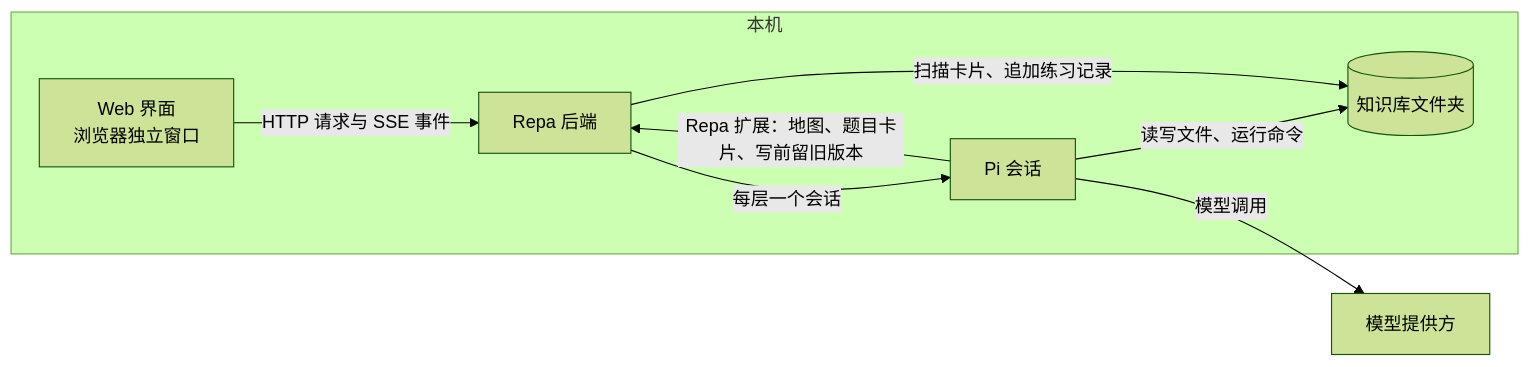
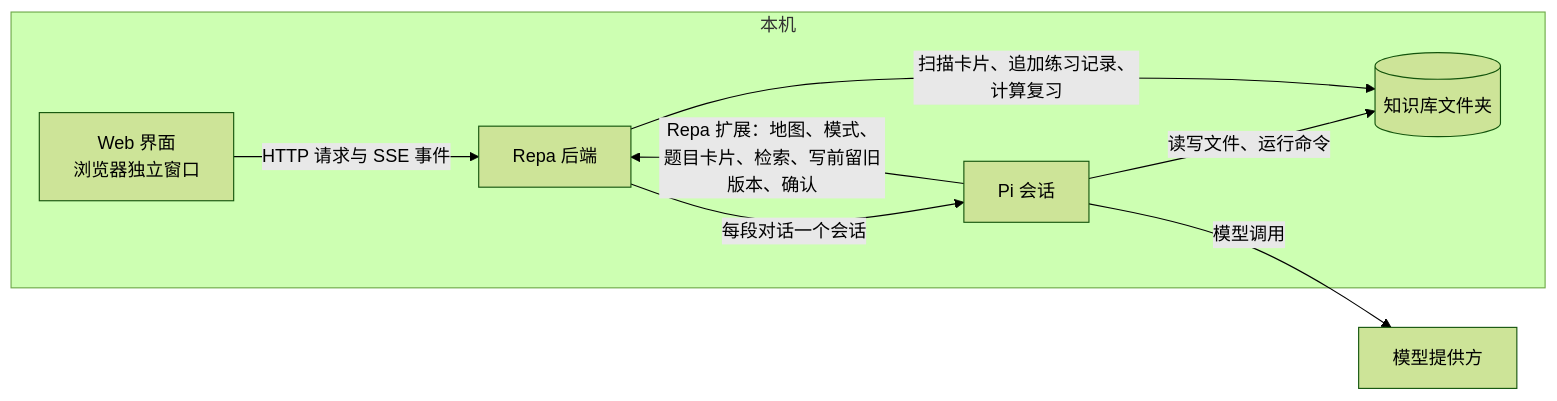
The diagram in .agents/notes/proposed/architecture/2026-11-26-self-use-skeleton.md (Utopia-V/Repa), drawn with Mermaid (forest theme) before and after one commit. The commit also changed other lines of this file and 1 other file, not shown here.

````diff
--- a/.agents/notes/proposed/architecture/2026-11-26-self-use-skeleton.md
+++ b/.agents/notes/proposed/architecture/2026-11-26-self-use-skeleton.md
@@ -19,11 +19,11 @@
 ```mermaid
 flowchart LR
   subgraph 本机
     W[Web 界面<br/>浏览器独立窗口] -- HTTP 请求与 SSE 事件 --> S[Repa 后端]
-    S -- 每层一个会话 --> P[Pi 会话]
-    P -- Repa 扩展：地图、题目卡片、写前留旧版本 --> S
+    S -- 每段对话一个会话 --> P[Pi 会话]
+    P -- Repa 扩展：地图、模式、题目卡片、检索、写前留旧版本、确认 --> S
     P -- 读写文件、运行命令 --> K[(知识库文件夹)]
-    S -- 扫描卡片、追加练习记录 --> K
+    S -- 扫描卡片、追加练习记录、计算复习 --> K
   end
   P -- 模型调用 --> M[模型提供方]
 ```
````
